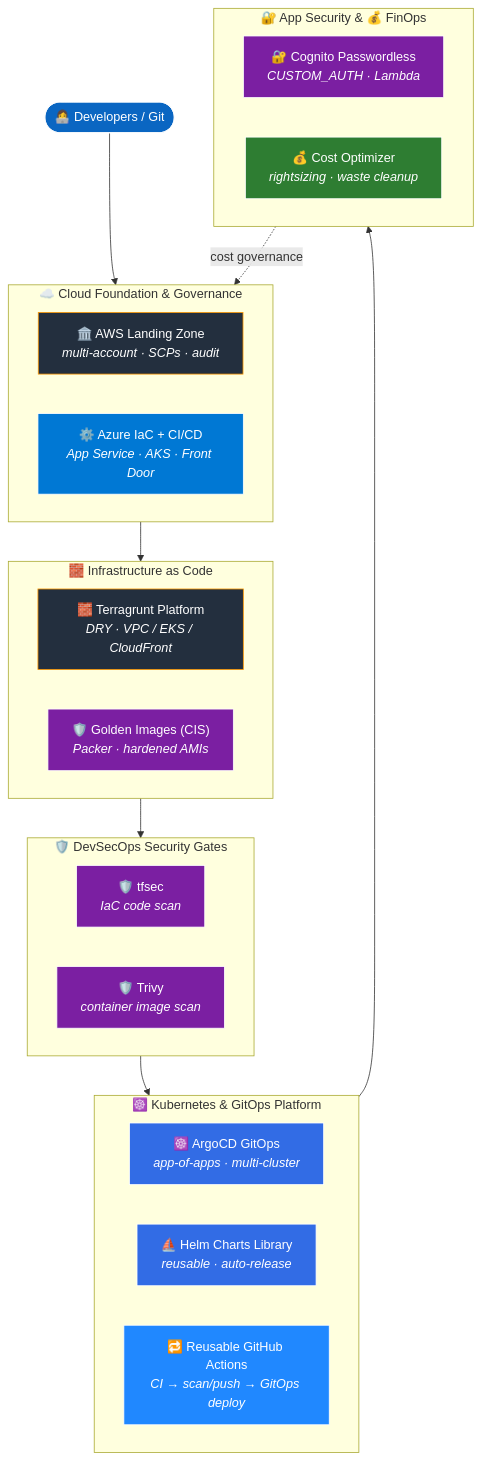
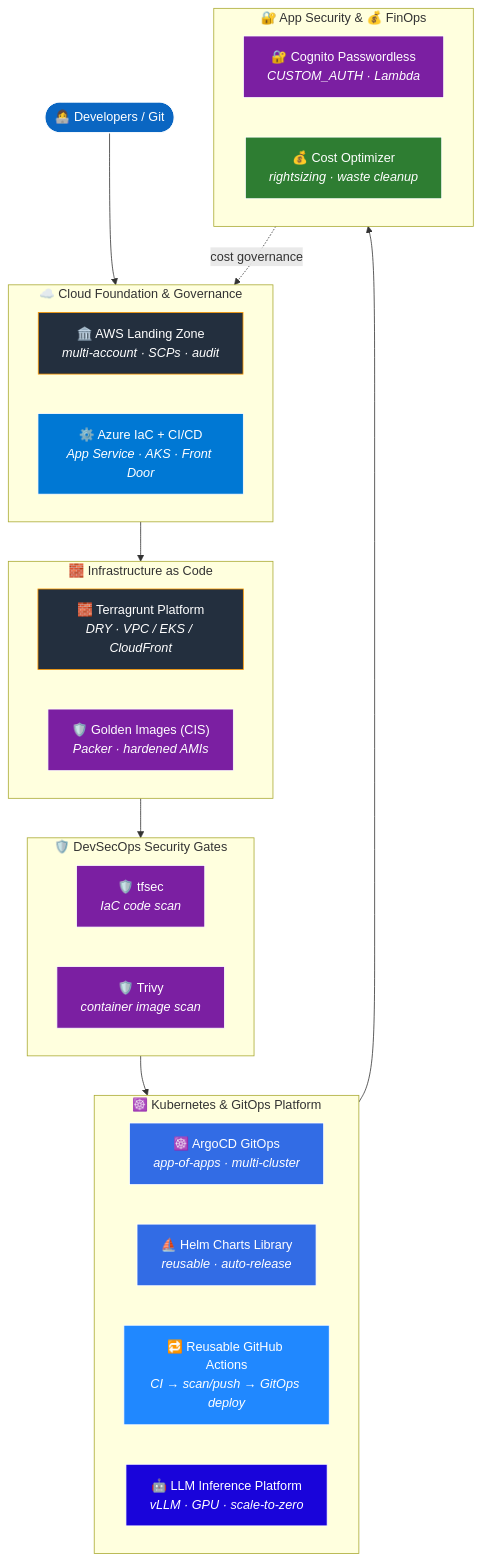
One commit to Muhammad-Imad/Muhammad-Imad changed the diagram in README.md. Above: the diagram before and after it, drawn with Mermaid. The commit also changed other lines of this file, not shown here.

Commit message:
Add Platform & AI Engineer positioning + llm-inference-platform-k8s (featured + architecture diagram)

````diff
--- a/README.md
+++ b/README.md
@@ -70,60 +70,63 @@
 ```mermaid
 flowchart TB
     DEV(["👩‍💻 Developers / Git"]):::entry
 
     subgraph GOV["☁️ Cloud Foundation & Governance"]
         direction LR
         LZ["🏛️ AWS Landing Zone<br/><i>multi-account · SCPs · audit</i>"]:::aws
         AZ["⚙️ Azure IaC + CI/CD<br/><i>App Service · AKS · Front Door</i>"]:::azure
     end
 
     subgraph IAC["🧱 Infrastructure as Code"]
         direction LR
         TG["🧱 Terragrunt Platform<br/><i>DRY · VPC / EKS / CloudFront</i>"]:::aws
         PK["🛡️ Golden Images (CIS)<br/><i>Packer · hardened AMIs</i>"]:::sec
     end
 
     subgraph DSO["🛡️ DevSecOps Security Gates"]
         direction LR
         TFSEC["🛡️ tfsec<br/><i>IaC code scan</i>"]:::sec
         TRIVY["🛡️ Trivy<br/><i>container image scan</i>"]:::sec
     end
 
     subgraph PLAT["☸️ Kubernetes & GitOps Platform"]
         direction LR
         AR["☸️ ArgoCD GitOps<br/><i>app-of-apps · multi-cluster</i>"]:::k8s
         HC["⛵ Helm Charts Library<br/><i>reusable · auto-release</i>"]:::k8s
         GHA["🔁 Reusable GitHub Actions<br/><i>CI → scan/push → GitOps deploy</i>"]:::cicd
+        LLM["🤖 LLM Inference Platform<br/><i>vLLM · GPU · scale-to-zero</i>"]:::ai
     end
 
     subgraph APPSEC["🔐 App Security & 💰 FinOps"]
         direction LR
         CG["🔐 Cognito Passwordless<br/><i>CUSTOM_AUTH · Lambda</i>"]:::sec
         CO["💰 Cost Optimizer<br/><i>rightsizing · waste cleanup</i>"]:::fin
     end
 
     DEV --> GOV
     GOV --> IAC
     IAC --> DSO
     DSO --> PLAT
     PLAT --> APPSEC
     CO -. "cost governance" .-> GOV
 
     click LZ href "https://github.com/Muhammad-Imad/terraform-aws-landing-zone" _blank
     click AZ href "https://github.com/Muhammad-Imad/azure-devops-iac-pipelines" _blank
     click TG href "https://github.com/Muhammad-Imad/terragrunt-aws-platform" _blank
     click PK href "https://github.com/Muhammad-Imad/packer-golden-images-cis" _blank
     click AR href "https://github.com/Muhammad-Imad/argocd-gitops-platform" _blank
     click HC href "https://github.com/Muhammad-Imad/helm-charts-library" _blank
     click CG href "https://github.com/Muhammad-Imad/terraform-aws-cognito-passwordless" _blank
     click CO href "https://github.com/Muhammad-Imad/aws-cost-optimizer" _blank
     click GHA href "https://github.com/Muhammad-Imad/reusable-github-actions" _blank
+    click LLM href "https://github.com/Muhammad-Imad/llm-inference-platform-k8s" _blank
 
     classDef entry fill:#0A66C2,stroke:#fff,stroke-width:1px,color:#fff;
     classDef aws fill:#232F3E,stroke:#FF9900,stroke-width:1px,color:#fff;
     classDef azure fill:#0078D4,stroke:#fff,stroke-width:1px,color:#fff;
     classDef k8s fill:#326CE5,stroke:#fff,stroke-width:1px,color:#fff;
     classDef sec fill:#7B1FA2,stroke:#fff,stroke-width:1px,color:#fff;
     classDef fin fill:#2E7D32,stroke:#fff,stroke-width:1px,color:#fff;
     classDef cicd fill:#2088FF,stroke:#fff,stroke-width:1px,color:#fff;
+    classDef ai fill:#1904DA,stroke:#fff,stroke-width:1px,color:#fff;
 ```
````
